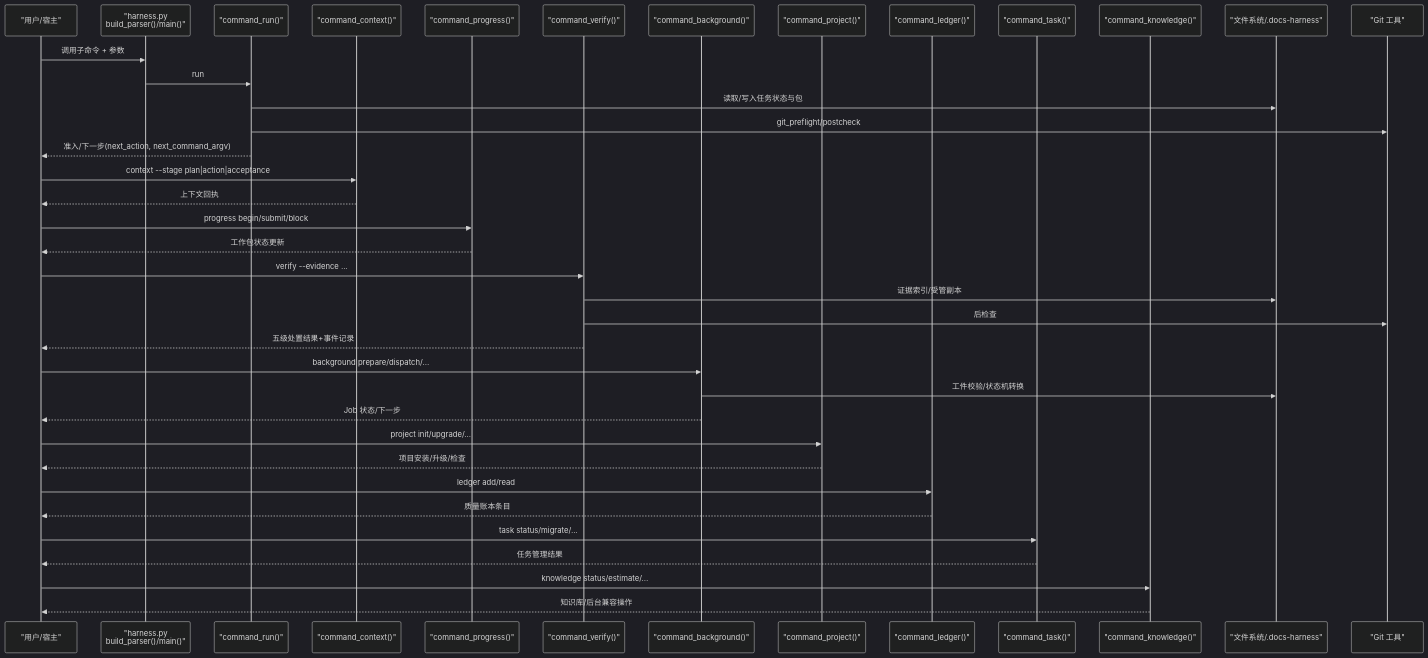
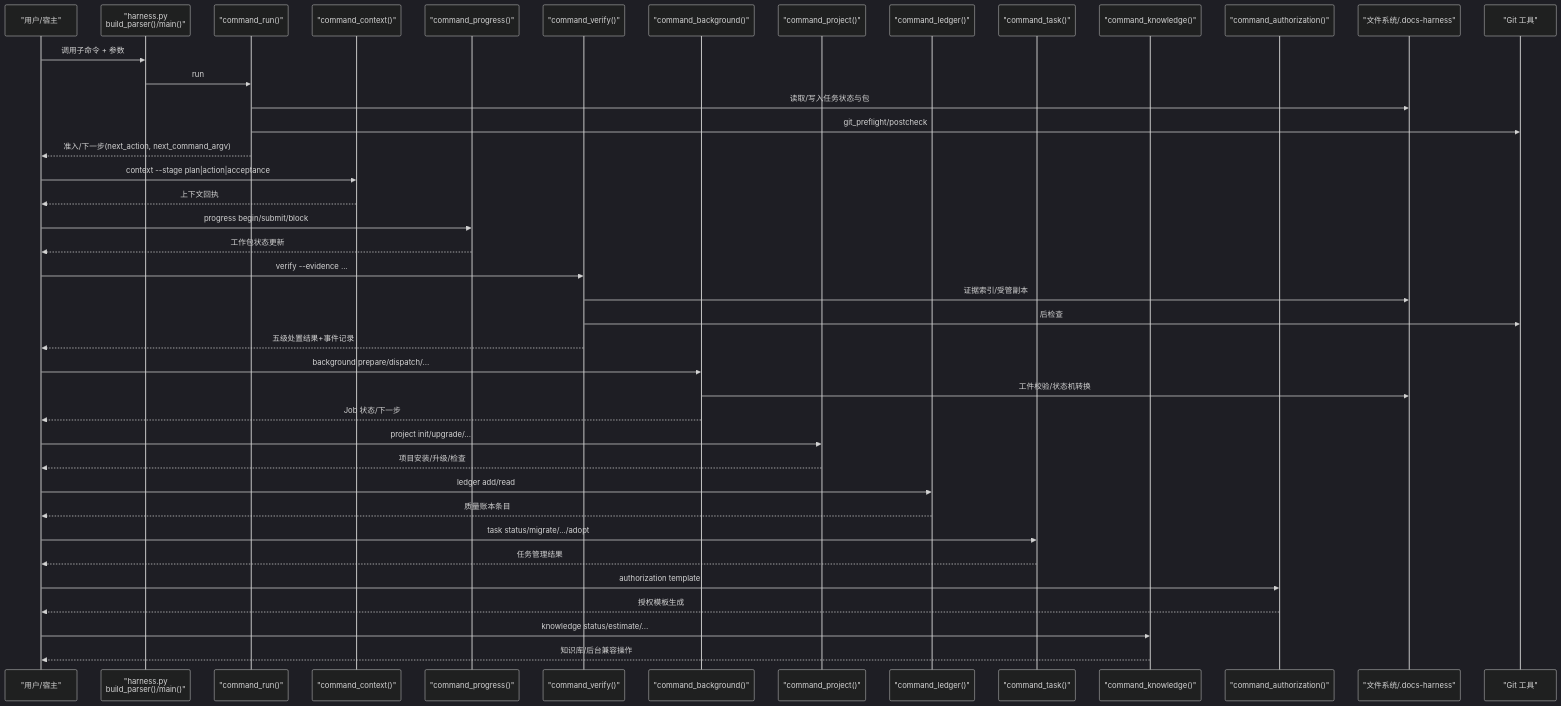
Before and after one commit to HackSing/docs-harness: the second of 3 diagrams in .qoder/repowiki/zh/content/API参考/CLI命令参考/CLI命令参考.md, drawn with Mermaid (dark theme). The commit also changed other lines of this file and 40 other files, not shown here.

````diff
--- a/.qoder/repowiki/zh/content/API参考/CLI命令参考/CLI命令参考.md
+++ b/.qoder/repowiki/zh/content/API参考/CLI命令参考/CLI命令参考.md
@@ -77,40 +78,43 @@
 ```mermaid
 sequenceDiagram
 participant U as "用户/宿主"
 participant CLI as "harness.py<br/>build_parser()/main()"
 participant RUN as "command_run()"
 participant CTX as "command_context()"
 participant PRG as "command_progress()"
 participant VER as "command_verify()"
 participant BG as "command_background()"
 participant PROJ as "command_project()"
 participant LED as "command_ledger()"
 participant TSK as "command_task()"
 participant KNO as "command_knowledge()"
+participant AUTH as "command_authorization()"
 participant FS as "文件系统/.docs-harness"
 participant GIT as "Git 工具"
 U->>CLI : 调用子命令 + 参数
 CLI->>RUN : run
 RUN->>FS : 读取/写入任务状态与包
 RUN->>GIT : git_preflight/postcheck
 RUN-->>U : 准入/下一步(next_action, next_command_argv)
 U->>CTX : context --stage plan|action|acceptance
 CTX-->>U : 上下文回执
 U->>PRG : progress begin/submit/block
 PRG-->>U : 工作包状态更新
 U->>VER : verify --evidence ...
 VER->>FS : 证据索引/受管副本
 VER->>GIT : 后检查
 VER-->>U : 五级处置结果+事件记录
 U->>BG : background prepare/dispatch/...
 BG->>FS : 工件校验/状态机转换
 BG-->>U : Job 状态/下一步
 U->>PROJ : project init/upgrade/...
 PROJ-->>U : 项目安装/升级/检查
 U->>LED : ledger add/read
 LED-->>U : 质量账本条目
-U->>TSK : task status/migrate/...
+U->>TSK : task status/migrate/.../adopt
 TSK-->>U : 任务管理结果
+U->>AUTH : authorization template
+AUTH-->>U : 授权模板生成
 U->>KNO : knowledge status/estimate/...
 KNO-->>U : 知识库/后台兼容操作
 ```
````
